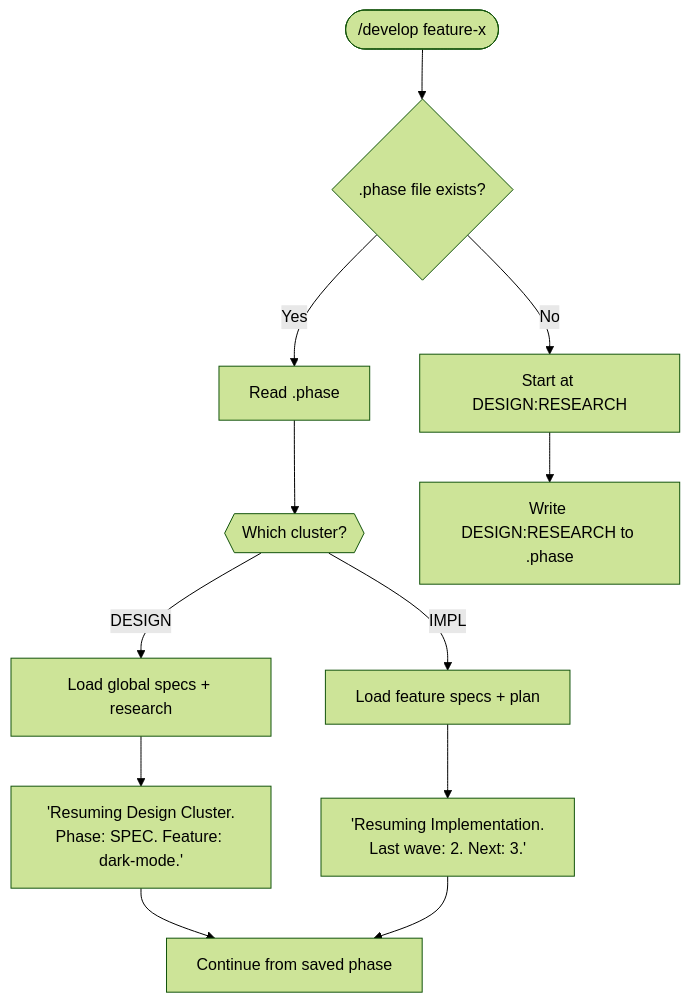
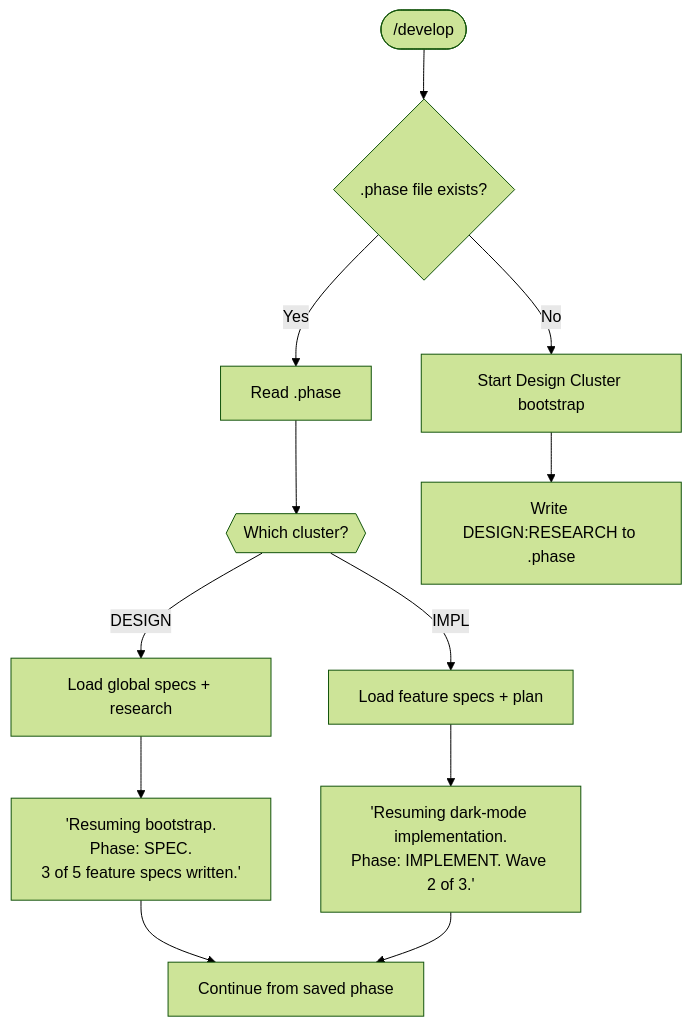
One commit to LennardZuendorf/vibe changed the tenth of 11 diagrams in .spec/product-design.md. Above: the diagram before and after it, drawn with Mermaid (forest theme). The commit also changed other lines of this file and 1 other file, not shown here.

First line of the commit message:
update: Design Cluster as project bootstrap, Implementation Cluster per-feature

````diff
--- a/.spec/product-design.md
+++ b/.spec/product-design.md
@@ -361,18 +423,18 @@
 ```mermaid
 flowchart TD
-    START(["/develop feature-x"]) --> CHECK{".phase file exists?"}
-    CHECK -->|No| FRESH["Start at DESIGN:RESEARCH"]
+    START(["/develop"]) --> CHECK{".phase file exists?"}
+    CHECK -->|No| FRESH["Start Design Cluster bootstrap"]
     CHECK -->|Yes| READ["Read .phase"]
     READ --> WHICH_CLUSTER{{"Which cluster?"}}
 
     WHICH_CLUSTER -->|DESIGN| LOAD_GLOBAL["Load global specs + research"]
     WHICH_CLUSTER -->|IMPL| LOAD_FEATURE["Load feature specs + plan"]
 
-    LOAD_GLOBAL --> STATUS_D["'Resuming Design Cluster.<br/>Phase: SPEC. Feature: dark-mode.'"]
-    LOAD_FEATURE --> STATUS_I["'Resuming Implementation.<br/>Last wave: 2. Next: 3.'"]
+    LOAD_GLOBAL --> STATUS_D["'Resuming bootstrap.<br/>Phase: SPEC.<br/>3 of 5 feature specs written.'"]
+    LOAD_FEATURE --> STATUS_I["'Resuming dark-mode implementation.<br/>Phase: IMPLEMENT. Wave 2 of 3.'"]
 
     STATUS_D --> CONTINUE["Continue from saved phase"]
     STATUS_I --> CONTINUE
 
     FRESH --> SAVE["Write DESIGN:RESEARCH to .phase"]
 ```
````
